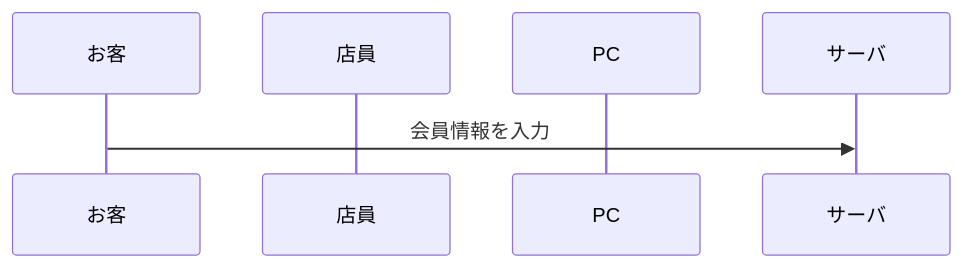
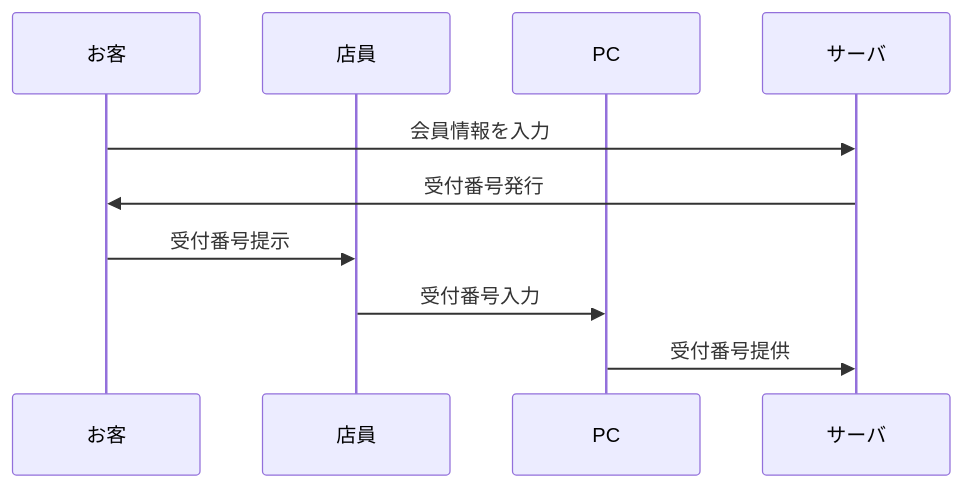
Before and after one commit to tpu-game-2022/mermaid_test: the second of 3 diagrams in README.md, drawn with Mermaid.

Commit message:
シーケンス図test02

````diff
--- a/README.md
+++ b/README.md
@@ -60,8 +57,11 @@
 ```mermaid
 sequenceDiagram
   participant お客
   participant 店員
   participant PC
   お客->>サーバ: 会員情報を入力
-
+  サーバ->>お客: 受付番号発行
+  お客->>店員: 受付番号提示
+  店員->>PC: 受付番号入力
+  PC->>サーバ: 受付番号提供
 ```
````
